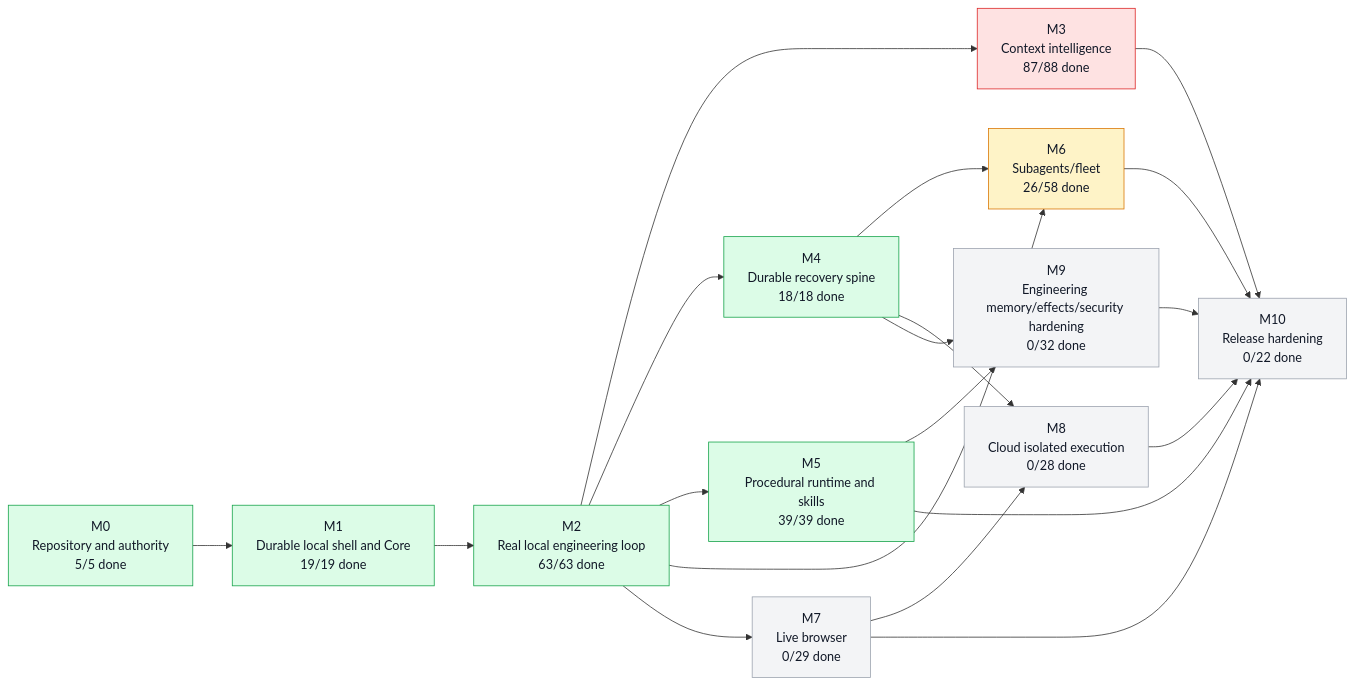
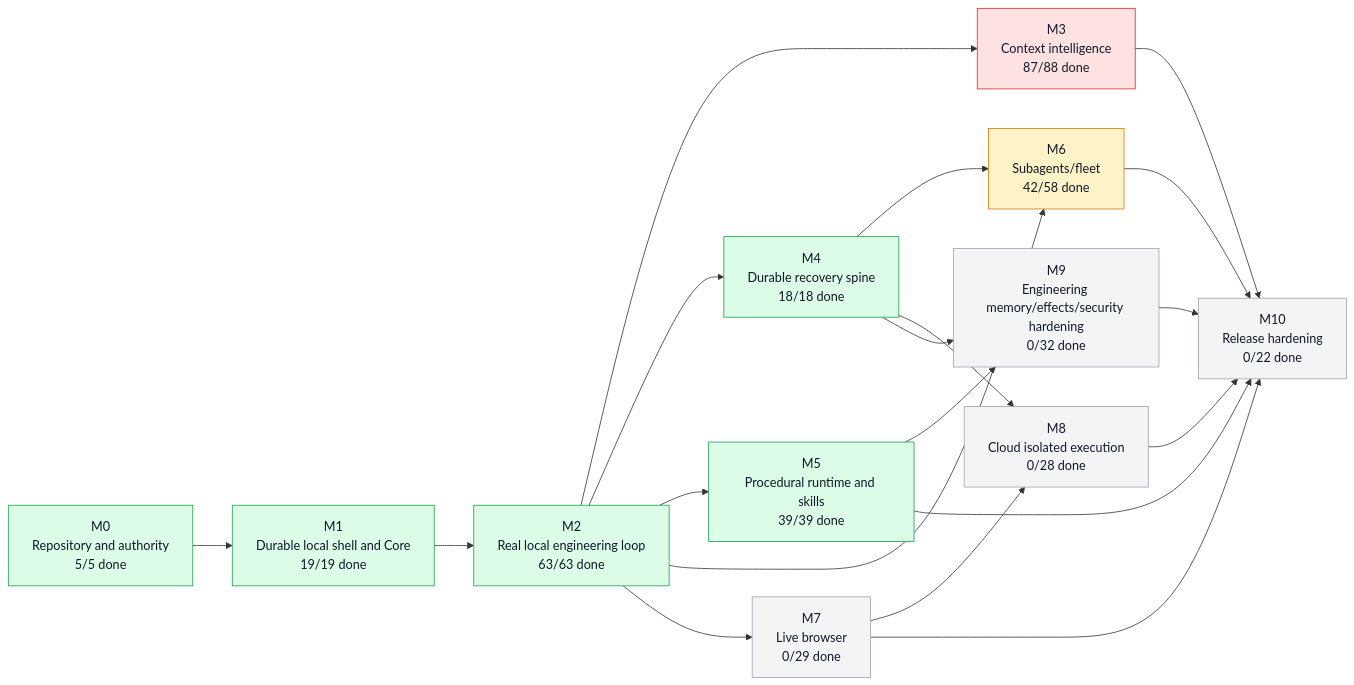
Before and after one commit to moss101/modbit: the first of 5 diagrams in graph/PROJECT_GRAPH.md, drawn with Mermaid. The commit also changed other lines of this file and 36 other files, not shown here.

````diff
--- a/graph/PROJECT_GRAPH.md
+++ b/graph/PROJECT_GRAPH.md
@@ -57,43 +57,43 @@
 ```mermaid
 flowchart LR
   M0["M0<br/>Repository and authority<br/>5/5 done"]
   M1["M1<br/>Durable local shell and Core<br/>19/19 done"]
   M2["M2<br/>Real local engineering loop<br/>63/63 done"]
   M3["M3<br/>Context intelligence<br/>87/88 done"]
   M4["M4<br/>Durable recovery spine<br/>18/18 done"]
   M5["M5<br/>Procedural runtime and skills<br/>39/39 done"]
-  M6["M6<br/>Subagents/fleet<br/>26/58 done"]
+  M6["M6<br/>Subagents/fleet<br/>42/58 done"]
   M7["M7<br/>Live browser<br/>0/29 done"]
   M8["M8<br/>Cloud isolated execution<br/>0/28 done"]
   M9["M9<br/>Engineering memory/effects/security hardening<br/>0/32 done"]
   M10["M10<br/>Release hardening<br/>0/22 done"]
   M0 --> M1
   M1 --> M2
   M2 --> M3
   M2 --> M4
   M2 --> M5
   M2 --> M6
   M4 --> M6
   M2 --> M7
   M4 --> M8
   M7 --> M8
   M4 --> M9
   M5 --> M9
   M3 --> M10
   M5 --> M10
   M6 --> M10
   M7 --> M10
   M8 --> M10
   M9 --> M10
   style M0 fill:#dcfce7,stroke:#16a34a,color:#111827
   style M1 fill:#dcfce7,stroke:#16a34a,color:#111827
   style M2 fill:#dcfce7,stroke:#16a34a,color:#111827
   style M3 fill:#fee2e2,stroke:#dc2626,color:#111827
   style M4 fill:#dcfce7,stroke:#16a34a,color:#111827
   style M5 fill:#dcfce7,stroke:#16a34a,color:#111827
   style M6 fill:#fef3c7,stroke:#d97706,color:#111827
   style M7 fill:#f3f4f6,stroke:#9ca3af,color:#111827
   style M8 fill:#f3f4f6,stroke:#9ca3af,color:#111827
   style M9 fill:#f3f4f6,stroke:#9ca3af,color:#111827
   style M10 fill:#f3f4f6,stroke:#9ca3af,color:#111827
 ```
````
